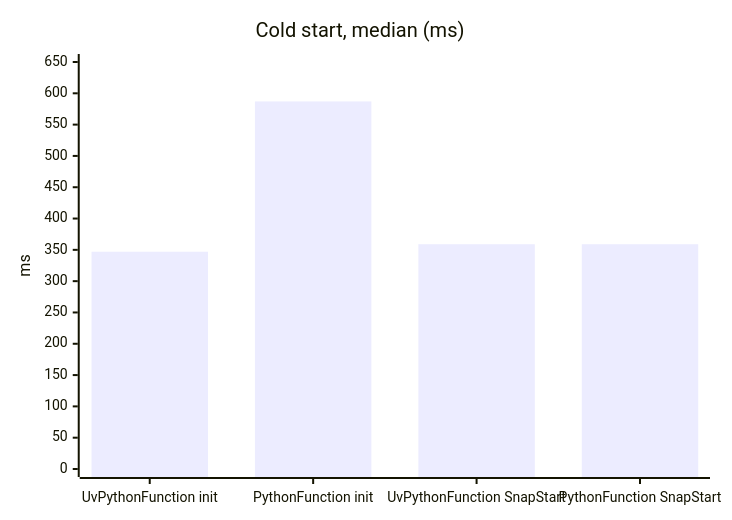
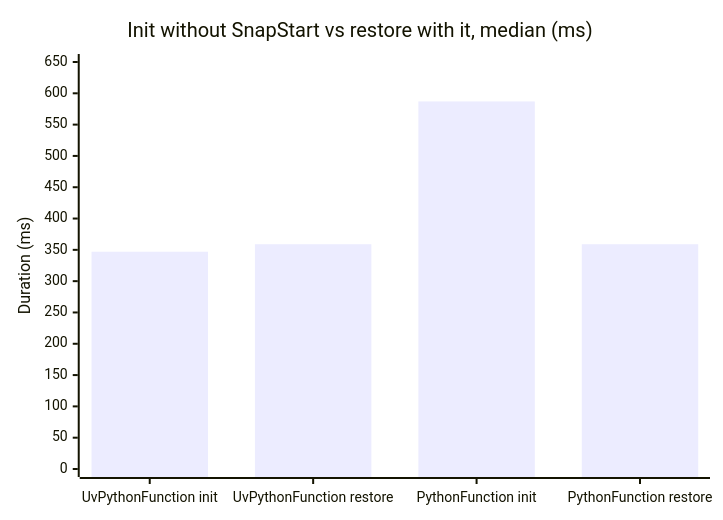
The second of 3 diagrams in cdk/lambda-python-uv-enhanced/README.md (garysassano/aws-examples), drawn with Mermaid before and after one commit.

Commit message:
docs(cdk/lambda-python-uv-enhanced): label the SnapStart chart by phase and pair each function's bars

````diff
--- a/cdk/lambda-python-uv-enhanced/README.md
+++ b/cdk/lambda-python-uv-enhanced/README.md
@@ -49,7 +49,7 @@
 ```mermaid
 xychart-beta
-  title "Cold start, median (ms)"
-  x-axis ["UvPythonFunction init", "PythonFunction init", "UvPythonFunction SnapStart", "PythonFunction SnapStart"]
-  y-axis "ms" 0 --> 650
-  bar [347, 587, 359, 359]
+  title "Init without SnapStart vs restore with it, median (ms)"
+  x-axis ["UvPythonFunction init", "UvPythonFunction restore", "PythonFunction init", "PythonFunction restore"]
+  y-axis "Duration (ms)" 0 --> 650
+  bar [347, 359, 587, 359]
 ```
````
